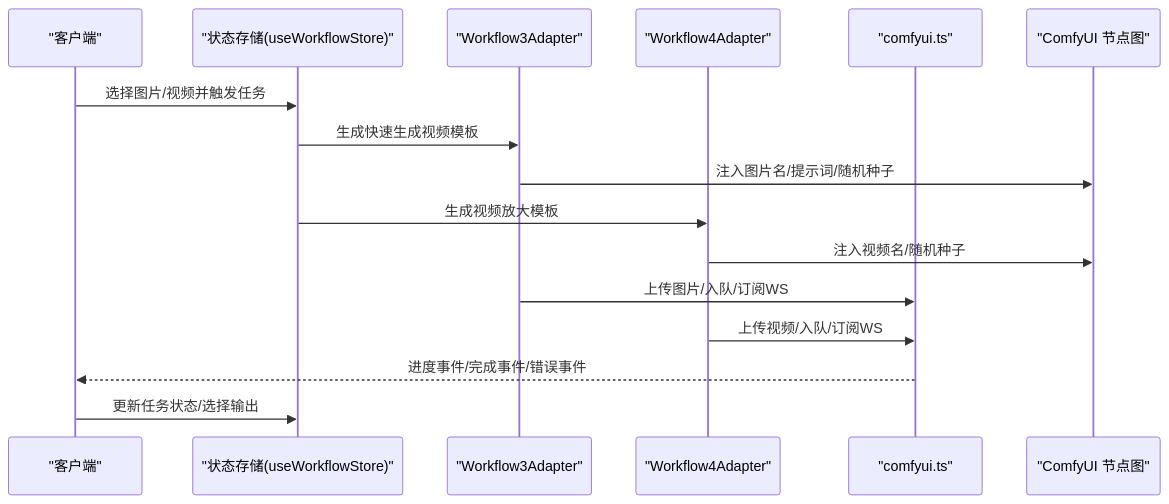
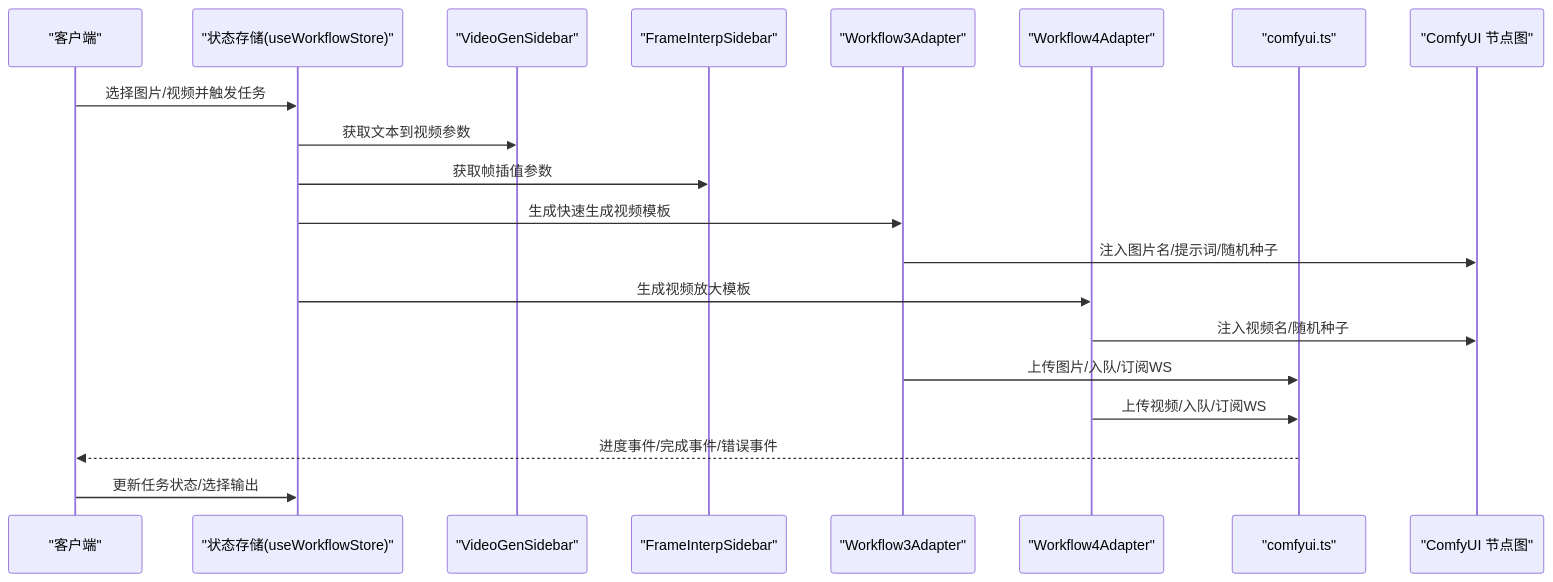
Before and after one commit to billye220670/CorineKit_Pix2Real: the second of 8 diagrams in .qoder/repowiki/zh/content/视频处理工作流.md, drawn with Mermaid. The commit also changed other lines of this file and 11 other files, not shown here.

````diff
--- a/.qoder/repowiki/zh/content/视频处理工作流.md
+++ b/.qoder/repowiki/zh/content/视频处理工作流.md
@@ -104,18 +138,22 @@
 ```mermaid
 sequenceDiagram
 participant Client as "客户端"
 participant Store as "状态存储(useWorkflowStore)"
+participant VideoGen as "VideoGenSidebar"
+participant FrameInterp as "FrameInterpSidebar"
 participant Adapter3 as "Workflow3Adapter"
 participant Adapter4 as "Workflow4Adapter"
 participant Comfy as "comfyui.ts"
 participant CUI as "ComfyUI 节点图"
 Client->>Store : 选择图片/视频并触发任务
+Store->>VideoGen : 获取文本到视频参数
+Store->>FrameInterp : 获取帧插值参数
 Store->>Adapter3 : 生成快速生成视频模板
 Adapter3->>CUI : 注入图片名/提示词/随机种子
 Store->>Adapter4 : 生成视频放大模板
 Adapter4->>CUI : 注入视频名/随机种子
 Adapter3->>Comfy : 上传图片/入队/订阅WS
 Adapter4->>Comfy : 上传视频/入队/订阅WS
 Comfy-->>Client : 进度事件/完成事件/错误事件
 Client->>Store : 更新任务状态/选择输出
 ```
````
